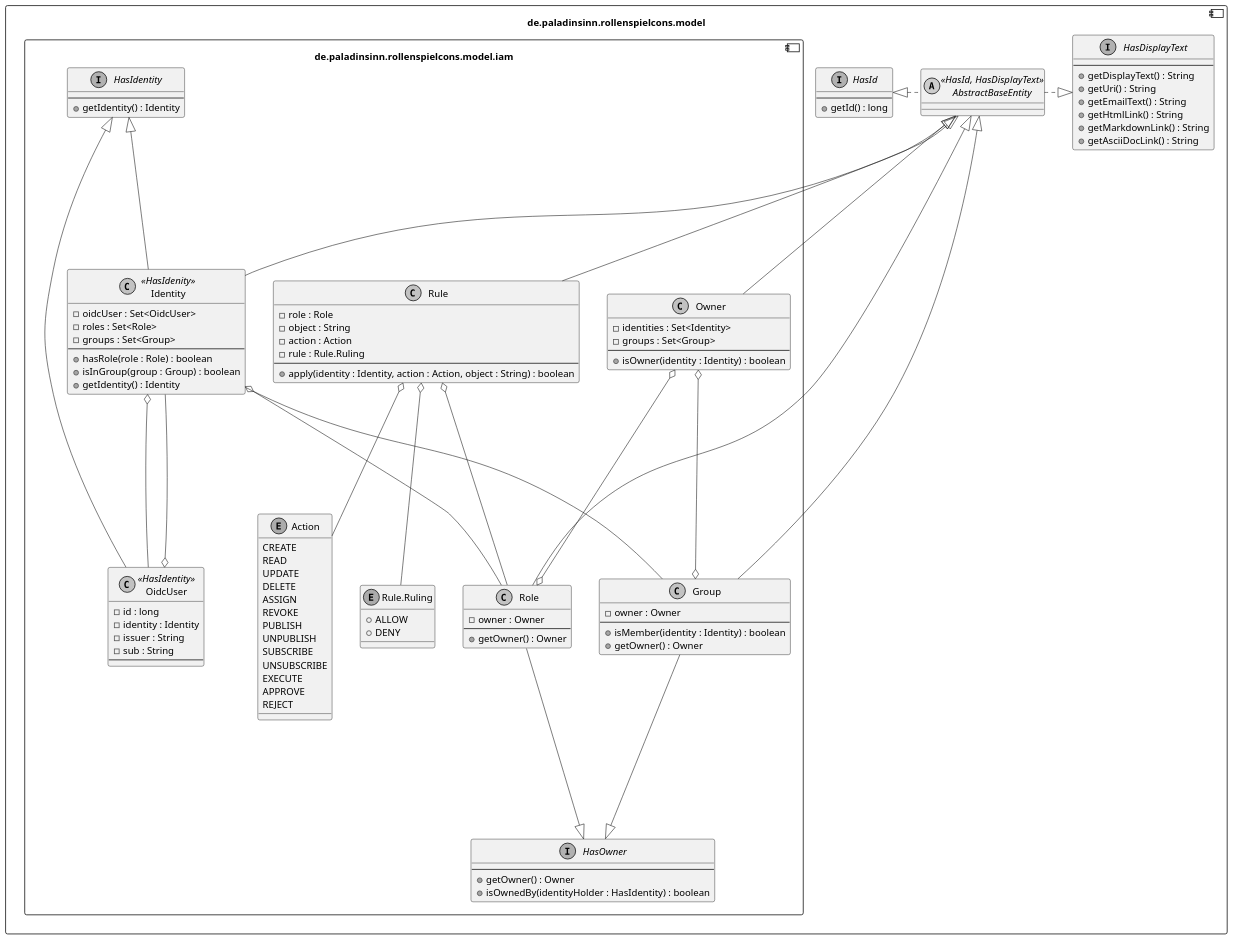
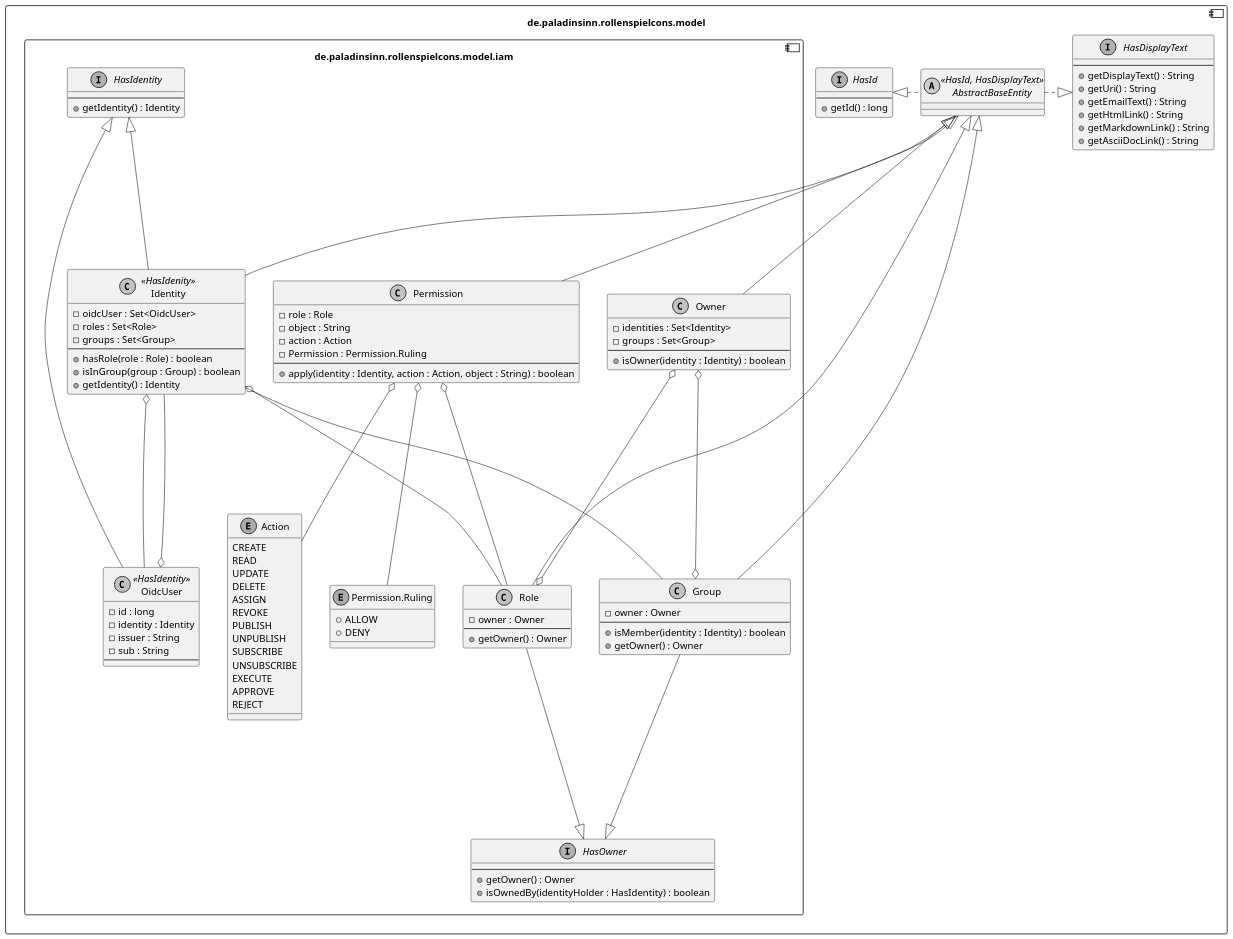
One commit to Paladins-Inn/rollenspiel-cons changed the diagram in docs/modules/arc42/pages/05_building_block_view/level_3_iam.adoc. Above: the diagram before and after it, drawn with PlantUML. The commit also changed other lines of this file and 16 other files, not shown here.

```diff
--- a/docs/modules/arc42/pages/05_building_block_view/level_3_iam.adoc
+++ b/docs/modules/arc42/pages/05_building_block_view/level_3_iam.adoc
@@ -101,20 +103,20 @@
         Role o-up-o Owner
         Role --|> HasOwner
 
-        class Rule {
+        class Permission {
             -role : Role
             -object : String
             -action : Action
-            -rule : Rule.Ruling
+            -Permission : Permission.Ruling
             ----
             +apply(identity : Identity, action : Action, object : String) : boolean
         }
-        Rule -up-|> AbstractBaseEntity
-        Rule o-- Role
-        Rule o-- Action
-        Rule o-- ruling
+        Permission -up-|> AbstractBaseEntity
+        Permission o-- Role
+        Permission o-- Action
+        Permission o-- ruling
 
-        enum "Rule.Ruling" as ruling {
+        enum "Permission.Ruling" as ruling {
             +ALLOW
             +DENY
         }
```
